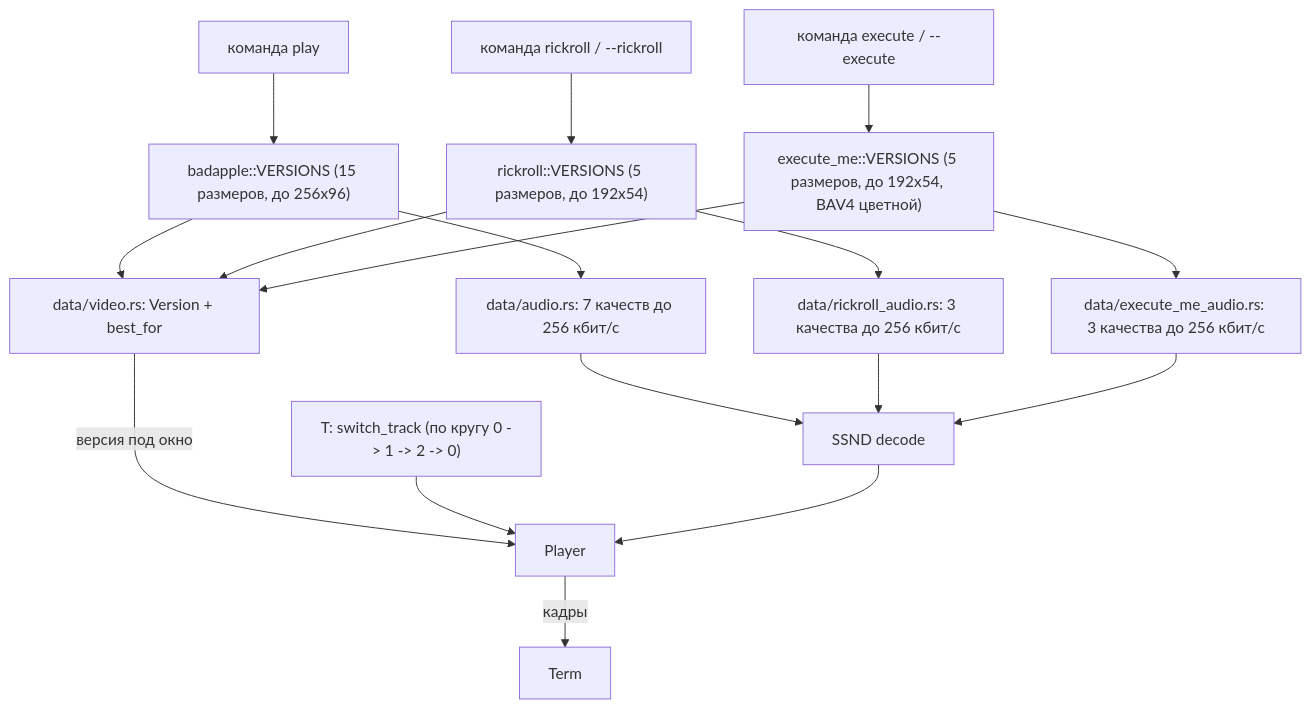
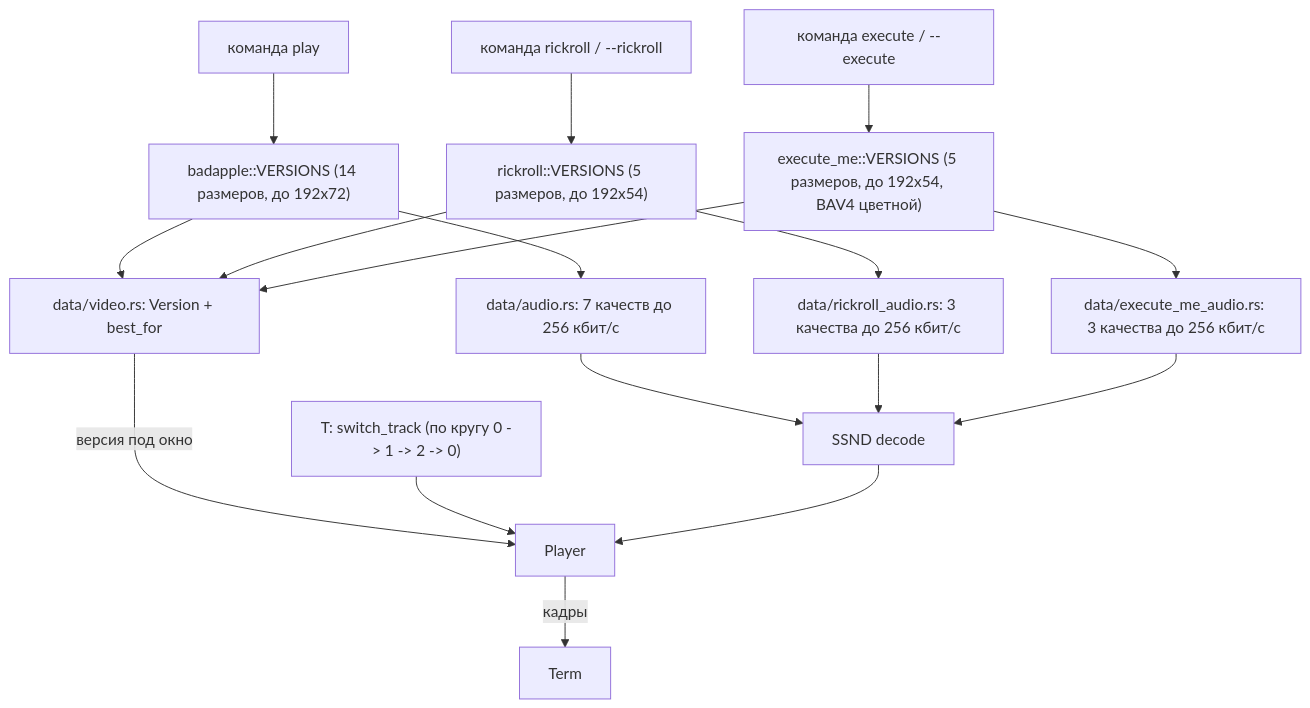
Before and after one commit to loki5512344ss/SummumOS: diagram 28 of 40 in чертежи.md, drawn with Mermaid. The commit also changed other lines of this file and 40 other files, not shown here.

````diff
--- a/чертежи.md
+++ b/чертежи.md
@@ -738,19 +801,19 @@
 ```mermaid
 graph TD
-    play["команда play"] --> bad["badapple::VERSIONS (15 размеров, до 256x96)"]
+    play["команда play"] --> bad["badapple::VERSIONS (14 размеров, до 192x72)"]
     rick["команда rickroll / --rickroll"] --> roll["rickroll::VERSIONS (5 размеров, до 192x54)"]
     exe["команда execute / --execute"] --> ex["execute_me::VERSIONS (5 размеров, до 192x54, BAV4 цветной)"]
     bad --> vid["data/video.rs: Version + best_for"]
     roll --> vid
     ex --> vid
     vid -->|"версия под окно"| player["Player"]
     t["T: switch_track (по кругу 0 -> 1 -> 2 -> 0)"] --> player
     player -->|"кадры"| term["Term"]
     bad --> ba["data/audio.rs: 7 качеств до 256 кбит/с"]
     roll --> ra["data/rickroll_audio.rs: 3 качества до 256 кбит/с"]
     ex --> ea["data/execute_me_audio.rs: 3 качества до 256 кбит/с"]
     ba --> snd["SSND decode"]
     ra --> snd
     ea --> snd
     snd --> player
 ```
````
